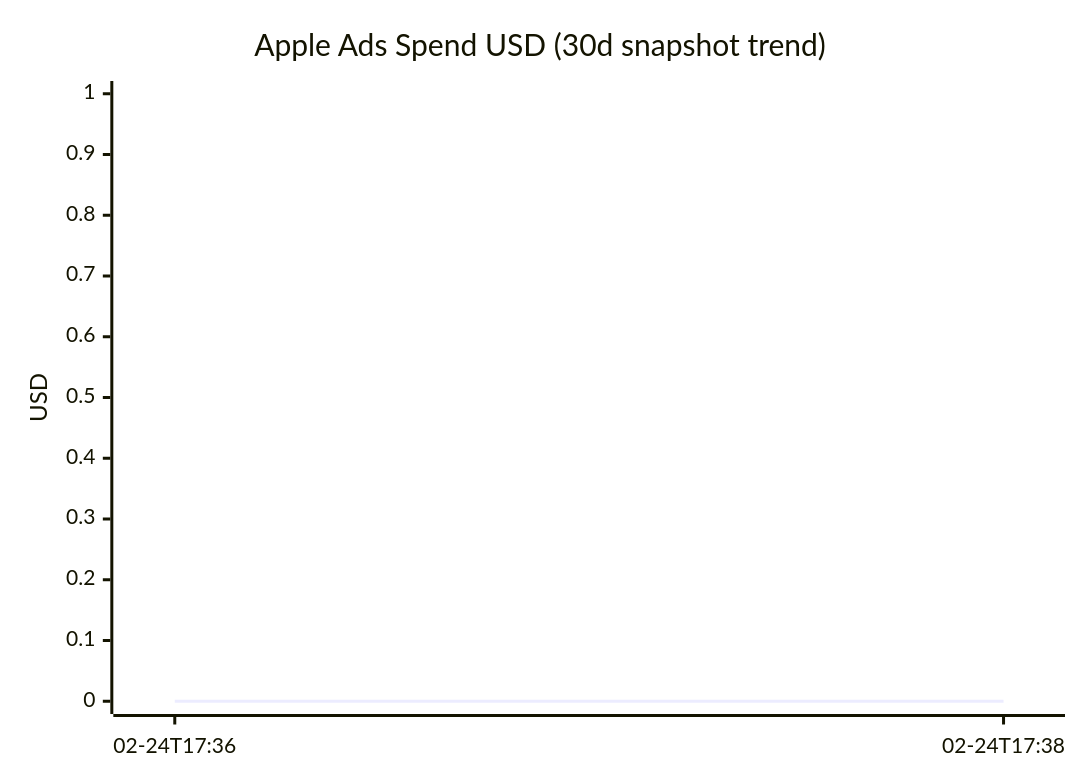
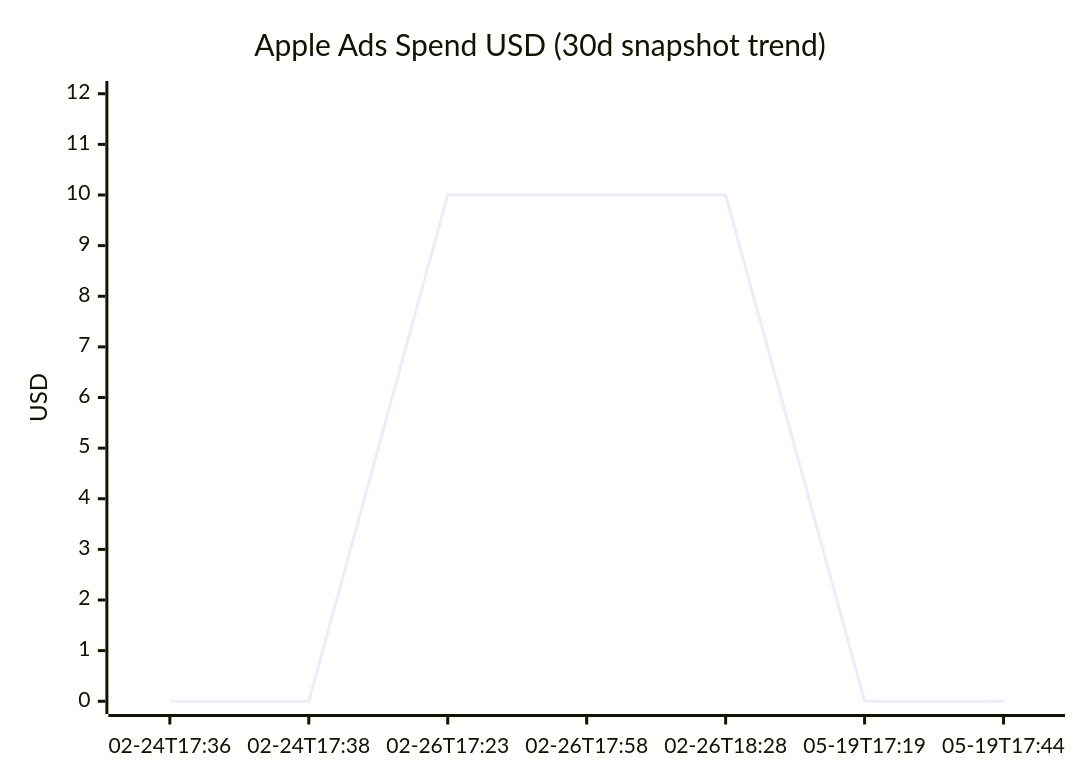
Before and after one commit to IgorGanapolsky/Random-Timer: the fourth of 4 diagrams in wiki/Paid-Acquisition.md, drawn with Mermaid. The commit also changed other lines of this file and 9 other files, not shown here.

````diff
--- a/wiki/Paid-Acquisition.md
+++ b/wiki/Paid-Acquisition.md
@@ -67,7 +66,7 @@
 ```mermaid
 xychart-beta
     title "Apple Ads Spend USD (30d snapshot trend)"
-    x-axis ["02-24T17:36" , "02-24T17:38"]
-    y-axis "USD" 0 --> 1
-    line [0.0 , 0.0]
+    x-axis ["02-24T17:36" , "02-24T17:38" , "02-26T17:23" , "02-26T17:58" , "02-26T18:28" , "05-19T17:19" , "05-19T17:44"]
+    y-axis "USD" 0 --> 12
+    line [0.0 , 0.0 , 10.0 , 10.0 , 10.0 , 0.0 , 0.0]
 ```
````
